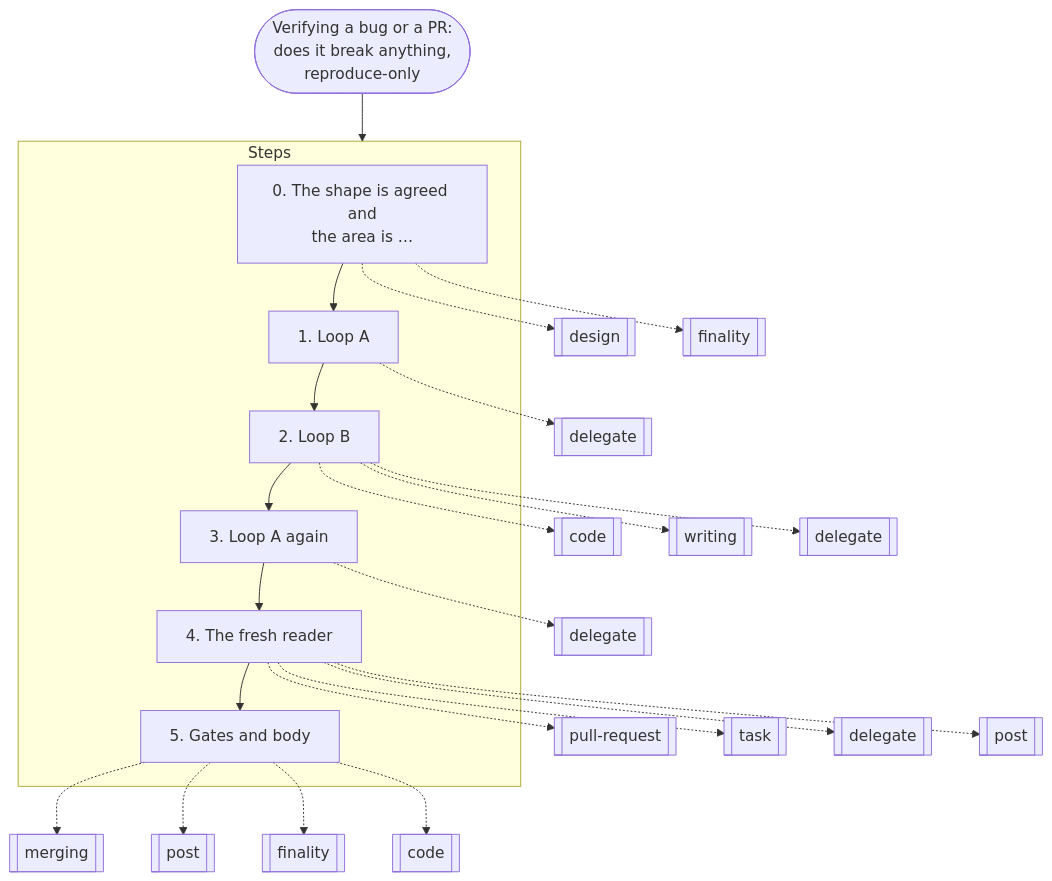
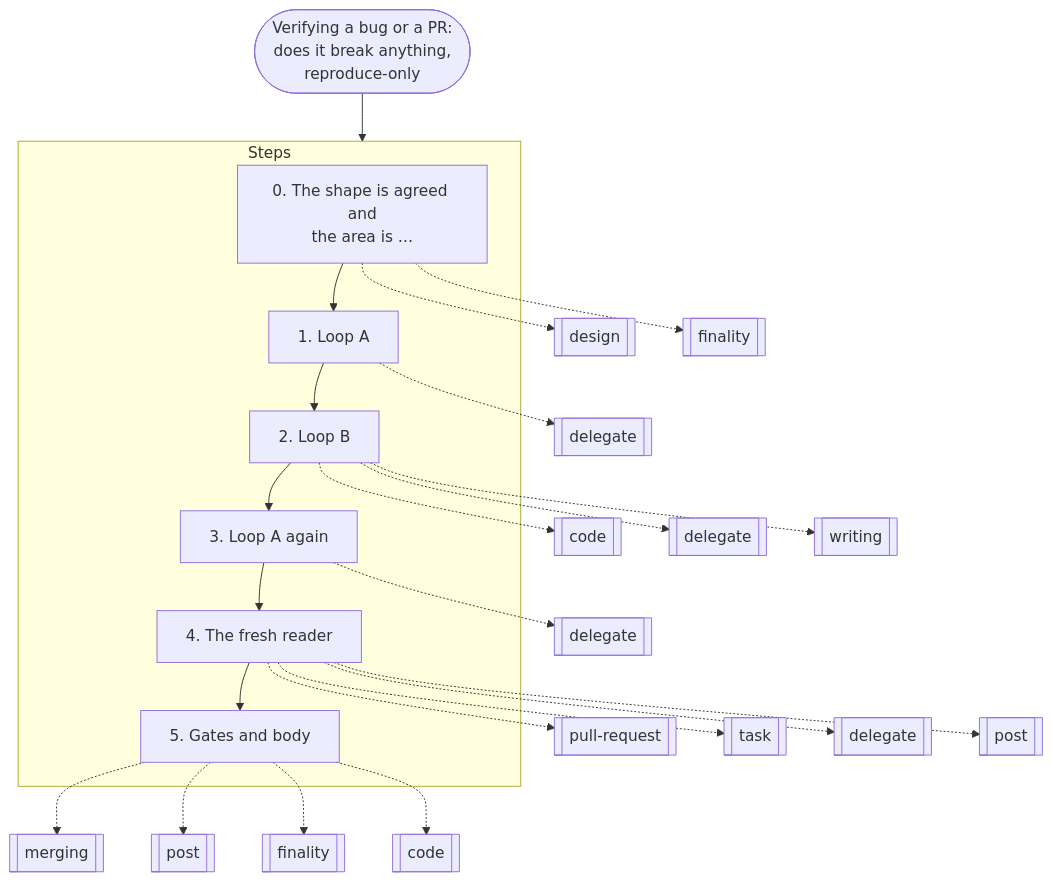
Diagram 12 of 19 in docs/graphs.md (nitedani-agent/mergeworthy), drawn with Mermaid before and after one commit. The commit also changed other lines of this file and 22 other files, not shown here.

````diff
--- a/docs/graphs.md
+++ b/docs/graphs.md
@@ -326,33 +329,33 @@
 ```mermaid
 flowchart TB
   start(["Verifying a bug or a PR:<br/>does it break anything,<br/>reproduce-only"])
   subgraph g0["Steps"]
     s0["0. The shape is agreed and<br/>the area is …"]
     s1["1. Loop A"]
     s0 --> s1
     s2["2. Loop B"]
     s1 --> s2
     s3["3. Loop A again"]
     s2 --> s3
     s4["4. The fresh reader"]
     s3 --> s4
     s5["5. Gates and body"]
     s4 --> s5
   end
   s0 -.-> r1[["design"]]
   s0 -.-> r2[["finality"]]
   s1 -.-> r3[["delegate"]]
   s2 -.-> r4[["code"]]
-  s2 -.-> r5[["writing"]]
-  s2 -.-> r6[["delegate"]]
+  s2 -.-> r5[["delegate"]]
+  s2 -.-> r6[["writing"]]
   s3 -.-> r7[["delegate"]]
   s4 -.-> r8[["pull-request"]]
   s4 -.-> r9[["task"]]
   s4 -.-> r10[["delegate"]]
   s4 -.-> r11[["post"]]
   s5 -.-> r12[["merging"]]
   s5 -.-> r13[["post"]]
   s5 -.-> r14[["finality"]]
   s5 -.-> r15[["code"]]
   start --> g0
 ```
````
